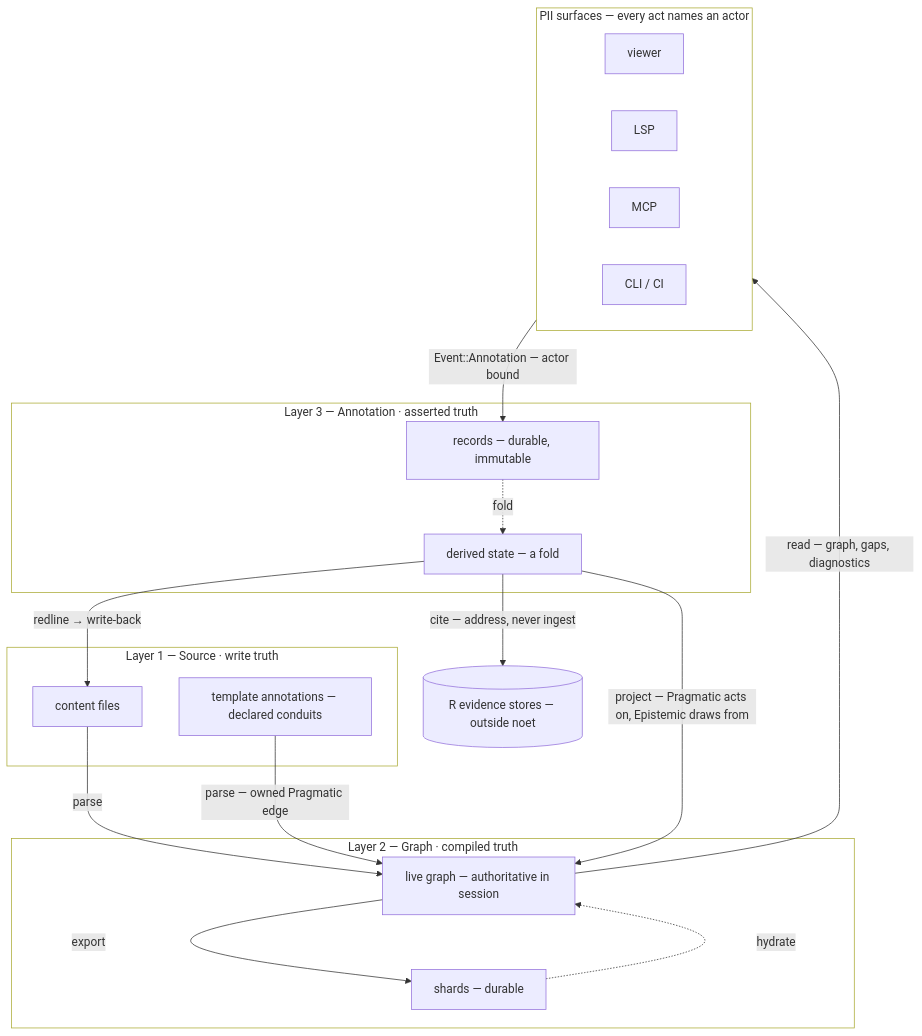
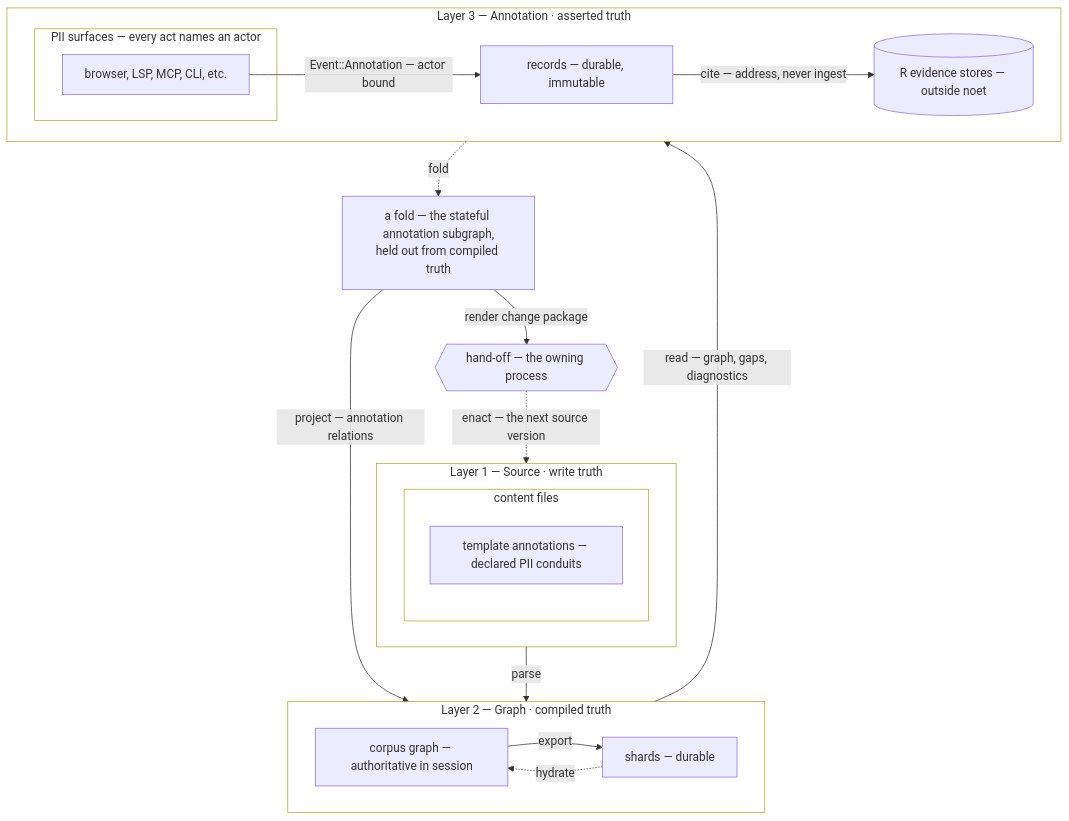
One commit to buildonomy/noet-core changed the second of 2 diagrams in docs/design/annotation/living_corpus.md. Above: the diagram before and after it, drawn with Mermaid. The commit also changed other lines of this file and 55 other files, not shown here.

````diff
--- a/docs/design/annotation/living_corpus.md
+++ b/docs/design/annotation/living_corpus.md
@@ -605,44 +877,46 @@
 ```mermaid
 graph TB
     subgraph L1["Layer 1 — Source · write truth"]
-        FS["content files"]
-        TA["template annotations — declared conduits"]
+        direction LR
+        subgraph FS["content files"]
+            TA["template annotations — declared PII conduits"]
+        end
     end
 
     subgraph L2["Layer 2 — Graph · compiled truth"]
+        direction LR
+        DB["corpus graph — authoritative in session"]
         SH["shards — durable"]
-        DB["live graph — authoritative in session"]
     end
 
+    DS["a fold — the stateful annotation subgraph,<br/>held out from compiled truth"]
+    HO{{"hand-off — the owning process"}}
+
     subgraph L3["Layer 3 — Annotation · asserted truth"]
+        direction LR
+        EV[("R evidence stores — outside noet")]
         SC["records — durable, immutable"]
-        DS["derived state — a fold"]
+        subgraph PII["PII surfaces — every act names an actor"]
+            V["browser, LSP, MCP, CLI, etc."]
+        end
     end
 
-    subgraph PII["PII surfaces — every act names an actor"]
-        V["viewer"]
-        L["LSP"]
-        M["MCP"]
-        C["CLI / CI"]
-    end
-
-    EV[("R evidence stores — outside noet")]
-
     FS -->|parse| DB
-    TA -->|"parse — owned Pragmatic edge"| DB
     SH -.->|hydrate| DB
     DB -->|export| SH
 
-    DB -->|"read — graph, gaps, diagnostics"| PII
-    PII -->|"Event::Annotation — actor bound"| SC
+    DB -->|"read — graph, gaps, diagnostics"| V
+    V -->|"Event::Annotation — actor bound"| SC
 
     SC -.->|fold| DS
-    DS -->|"project — Pragmatic acts on, Epistemic draws from"| DB
-    DS -->|"cite — address, never ingest"| EV
-    DS -->|"redline → write-back"| FS
+    DS -->|"project — annotation relations"| DB
+    SC -->|"cite — address, never ingest"| EV
+    DS -->|"render change package"| HO
+    HO -.->|"enact — the next source version"| FS
 
     style L1 fill:none
     style L2 fill:none
     style L3 fill:none
     style PII fill:none
+    style FS fill:none
 ```
````
